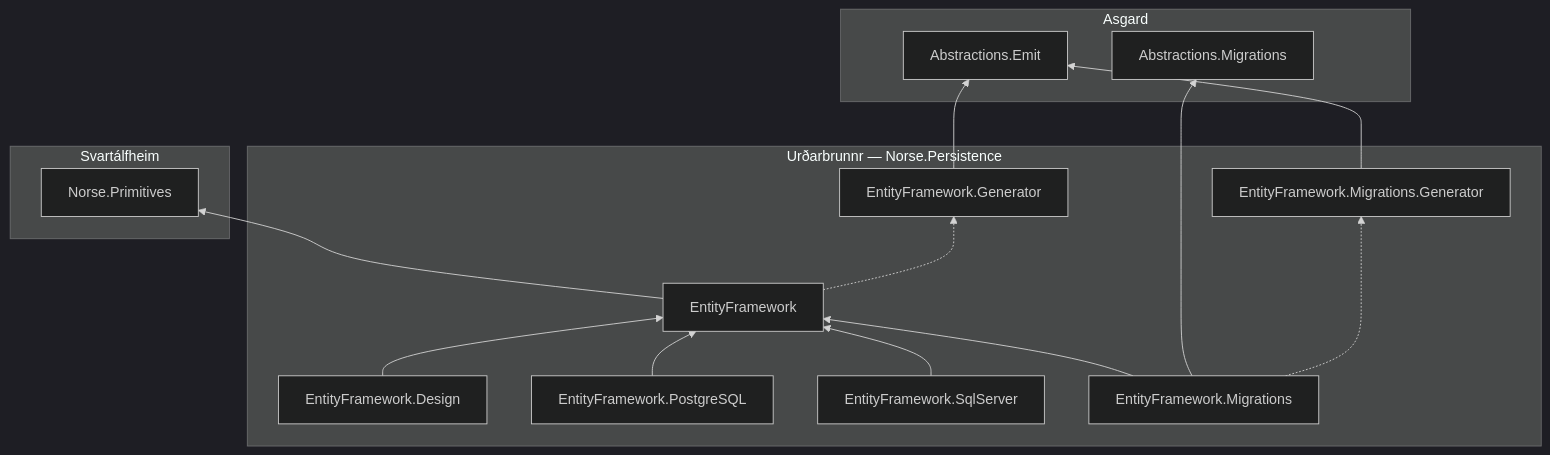
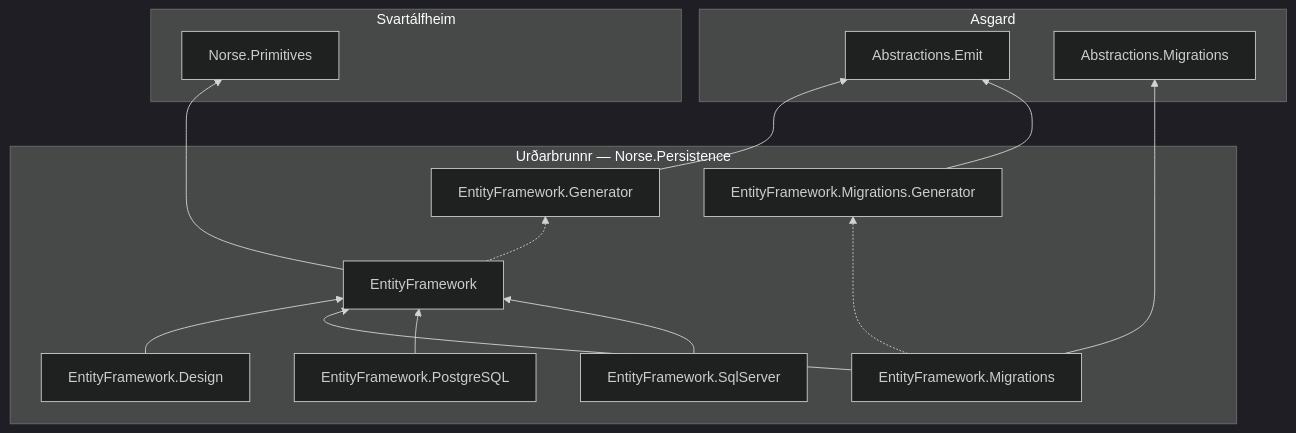
One commit to NorseArchitecture/Urdarbrunnr changed the diagram in README.md. Above: the diagram before and after it, drawn with Mermaid (dark theme).

Commit message:
Hand the mermaid a hint

````diff
--- a/README.md
+++ b/README.md
@@ -17,29 +17,32 @@
 ```mermaid
 flowchart BT
 	subgraph Urdarbrunnr["Urðarbrunnr — Norse.Persistence"]
 		Design["EntityFramework.Design"]
 		PostgreSQL["EntityFramework.PostgreSQL"]
 		SqlServer["EntityFramework.SqlServer"]
 		Migrations["EntityFramework.Migrations"]
 		EF["EntityFramework"]
 		Generator["EntityFramework.Generator"]
 		MigGenerator["EntityFramework.Migrations.Generator"]
 	end
 	subgraph Asgard
 		Emit["Abstractions.Emit"]
 		AMigrations["Abstractions.Migrations"]
 	end
 	subgraph Svartalfheim["Svartálfheim"]
 		Primitives["Norse.Primitives"]
 	end
 	Design --> EF
 	Migrations --> EF
 	PostgreSQL --> EF
 	SqlServer --> EF
 	Migrations --> AMigrations
 	EF --> Primitives
 	Generator --> Emit
 	MigGenerator --> Emit
 	EF -.-> Generator
 	Migrations -.-> MigGenerator
+	%% layout hints only, not dependencies — lift Svartálfheim onto the top tier beside Asgard
+	Generator ~~~ Primitives
+	MigGenerator ~~~ Primitives
 ```
````
